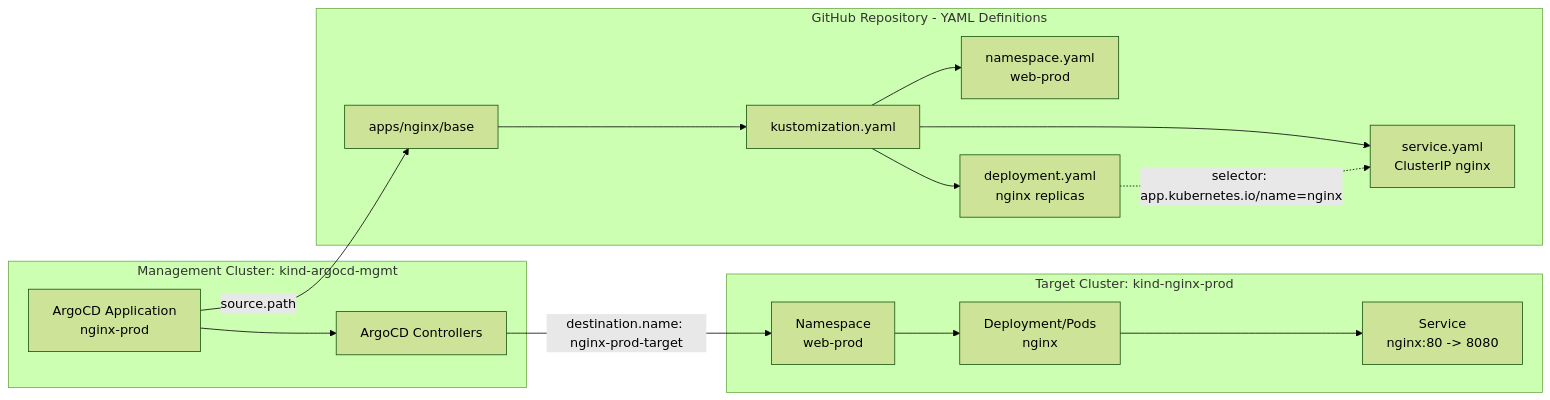
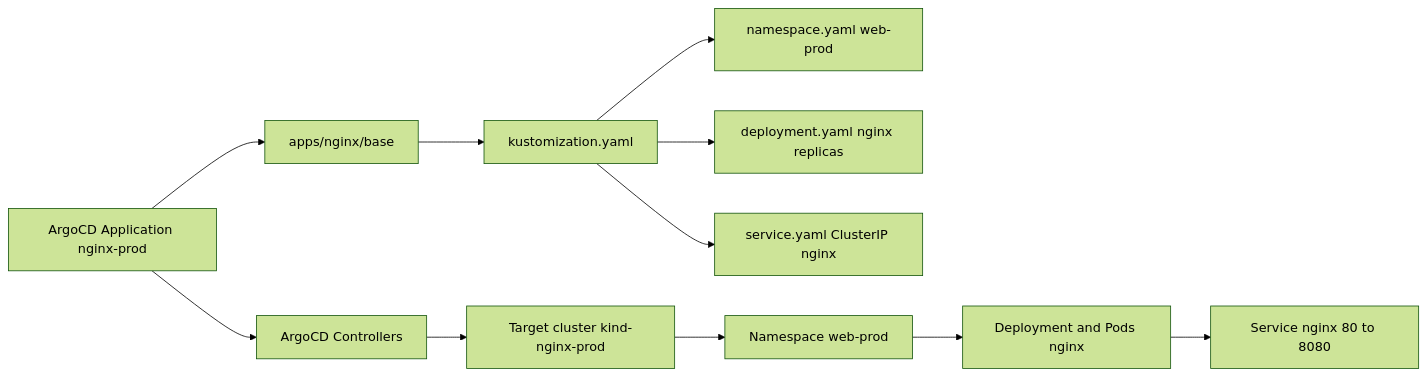
The diagram in nginx-gitops-flow.mmd (sikeda107/k8s-argocd-sample), drawn with Mermaid (forest theme) before and after one commit. The commit also changed 7 other files, not shown here.

Commit message:
Add Mermaid diagrams and generalize network diagram skill

```diff
--- a/nginx-gitops-flow.mmd
+++ b/nginx-gitops-flow.mmd
@@ -1,29 +1,22 @@
-flowchart LR
-  subgraph MGMT["Management Cluster: kind-argocd-mgmt"]
-    APP["ArgoCD Application<br/>nginx-prod"]
-    CTRL["ArgoCD Controllers"]
-    APP --> CTRL
-  end
-
-  subgraph GIT["GitHub Repository - YAML Definitions"]
-    BASE["apps/nginx/base"]
-    KUS["kustomization.yaml"]
-    NSY["namespace.yaml<br/>web-prod"]
-    DEPY["deployment.yaml<br/>nginx replicas"]
-    SVCY["service.yaml<br/>ClusterIP nginx"]
-    BASE --> KUS
-    KUS --> NSY
-    KUS --> DEPY
-    KUS --> SVCY
-    DEPY -. "selector: app.kubernetes.io/name=nginx" .-> SVCY
-  end
-
-  subgraph TARGET["Target Cluster: kind-nginx-prod"]
-    NS["Namespace<br/>web-prod"]
-    DEP["Deployment/Pods<br/>nginx"]
-    SVC["Service<br/>nginx:80 -> 8080"]
-    NS --> DEP --> SVC
-  end
-
-  APP -->|source.path| BASE
-  CTRL -->|destination.name: nginx-prod-target| NS
+flowchart LR;
+APP["ArgoCD Application nginx-prod"];
+CTRL["ArgoCD Controllers"];
+BASE["apps/nginx/base"];
+KUS["kustomization.yaml"];
+NSY["namespace.yaml web-prod"];
+DEPY["deployment.yaml nginx replicas"];
+SVCY["service.yaml ClusterIP nginx"];
+TARGET["Target cluster kind-nginx-prod"];
+NS["Namespace web-prod"];
+DEP["Deployment and Pods nginx"];
+SVC["Service nginx 80 to 8080"];
+APP --> CTRL;
+APP --> BASE;
+BASE --> KUS;
+KUS --> NSY;
+KUS --> DEPY;
+KUS --> SVCY;
+CTRL --> TARGET;
+TARGET --> NS;
+NS --> DEP;
+DEP --> SVC;
```
